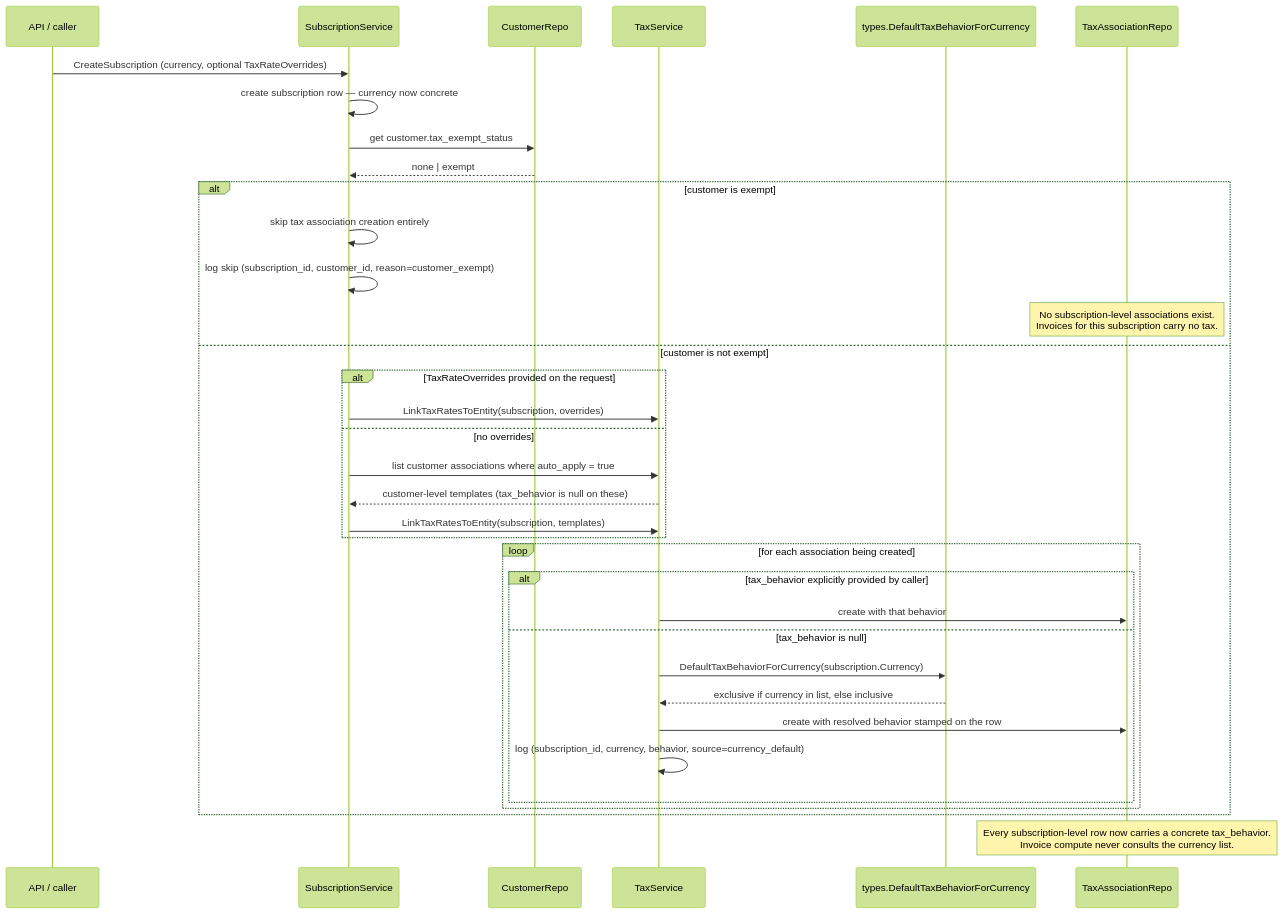
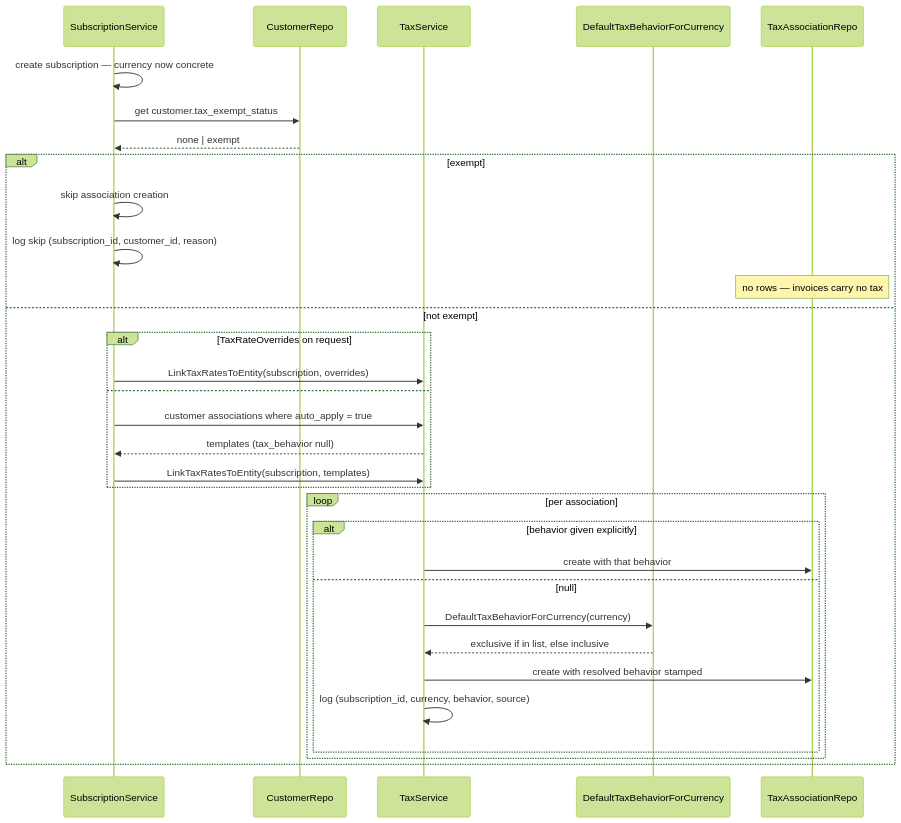
Before and after one commit to flexprice/flexprice: the second of 5 diagrams in docs/design/2026-08-17-FLE-1187-taxation-lineitem-inclusive.md, drawn with Mermaid (forest theme). The commit also changed other lines of this file, not shown here.

Commit message:
docs(taxation): refine design document for inclusive and exclusive tax handling, clarifying scope and terminology

````diff
--- a/docs/design/2026-08-17-FLE-1187-taxation-lineitem-inclusive.md
+++ b/docs/design/2026-08-17-FLE-1187-taxation-lineitem-inclusive.md
@@ -281,42 +228,37 @@
 ```mermaid
 sequenceDiagram
-    participant API as API / caller
     participant SS as SubscriptionService
     participant CR as CustomerRepo
     participant TS as TaxService
-    participant TY as types.DefaultTaxBehaviorForCurrency
+    participant TY as DefaultTaxBehaviorForCurrency
     participant DB as TaxAssociationRepo
 
-    API->>SS: CreateSubscription (currency, optional TaxRateOverrides)
-    SS->>SS: create subscription row — currency now concrete
-
+    SS->>SS: create subscription — currency now concrete
     SS->>CR: get customer.tax_exempt_status
     CR-->>SS: none | exempt
 
-    alt customer is exempt
-        SS->>SS: skip tax association creation entirely
-        SS->>SS: log skip (subscription_id, customer_id, reason=customer_exempt)
-        Note over DB: No subscription-level associations exist.<br/>Invoices for this subscription carry no tax.
-    else customer is not exempt
-        alt TaxRateOverrides provided on the request
+    alt exempt
+        SS->>SS: skip association creation
+        SS->>SS: log skip (subscription_id, customer_id, reason)
+        Note over DB: no rows — invoices carry no tax
+    else not exempt
+        alt TaxRateOverrides on request
             SS->>TS: LinkTaxRatesToEntity(subscription, overrides)
-        else no overrides
-            SS->>TS: list customer associations where auto_apply = true
-            TS-->>SS: customer-level templates (tax_behavior is null on these)
+        else
+            SS->>TS: customer associations where auto_apply = true
+            TS-->>SS: templates (tax_behavior null)
             SS->>TS: LinkTaxRatesToEntity(subscription, templates)
         end
 
-        loop for each association being created
-            alt tax_behavior explicitly provided by caller
+        loop per association
+            alt behavior given explicitly
                 TS->>DB: create with that behavior
-            else tax_behavior is null
-                TS->>TY: DefaultTaxBehaviorForCurrency(subscription.Currency)
-                TY-->>TS: exclusive if currency in list, else inclusive
-                TS->>DB: create with resolved behavior stamped on the row
-                TS->>TS: log (subscription_id, currency, behavior, source=currency_default)
+            else null
+                TS->>TY: DefaultTaxBehaviorForCurrency(currency)
+                TY-->>TS: exclusive if in list, else inclusive
+                TS->>DB: create with resolved behavior stamped
+                TS->>TS: log (subscription_id, currency, behavior, source)
             end
         end
     end
-
-    Note over DB: Every subscription-level row now carries a concrete tax_behavior.<br/>Invoice compute never consults the currency list.
 ```
````
